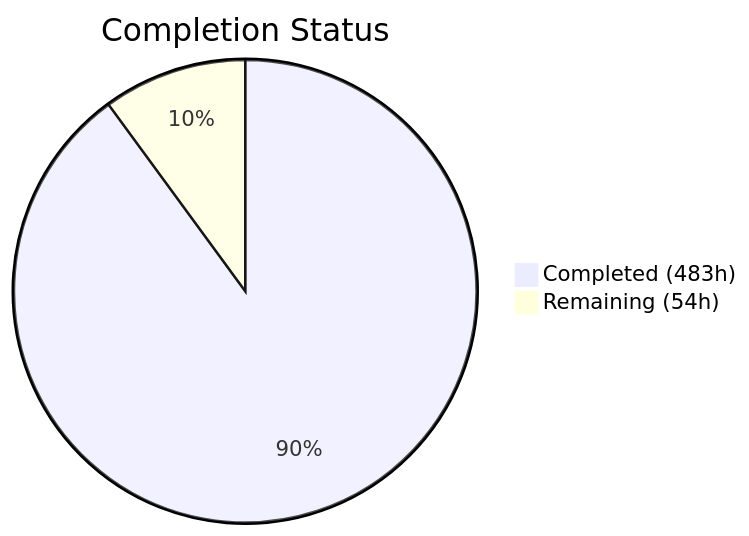
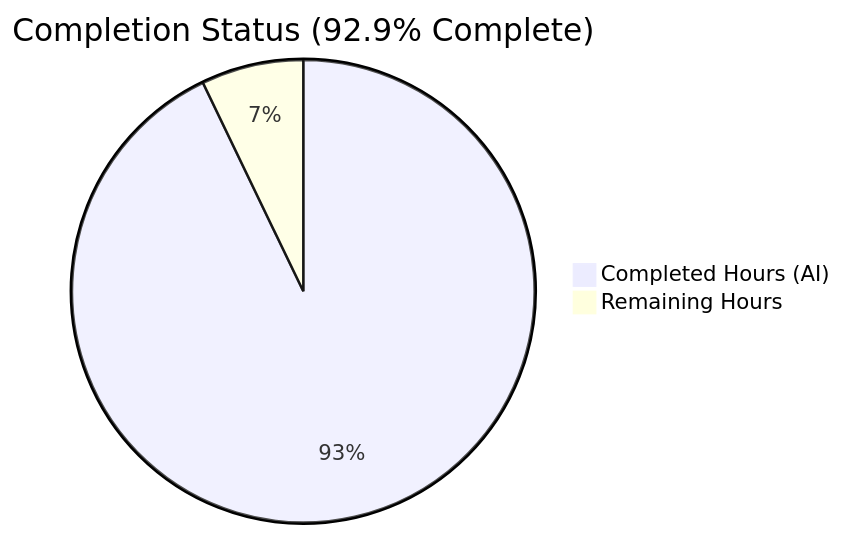
One commit to Blitzy-Sandbox/blitzy-WebVella-ERP changed the first of 4 diagrams in blitzy/documentation/Project Guide.md. Above: the diagram before and after it, drawn with Mermaid. The commit also changed other lines of this file, not shown here.

Commit message:
Adding Blitzy Project Guide: Project Status and Human Tasks Remaining

````diff
--- a/blitzy/documentation/Project Guide.md
+++ b/blitzy/documentation/Project Guide.md
@@ -13,5 +13,5 @@
 ```mermaid
-pie title Completion Status
-    "Completed (483h)" : 483
-    "Remaining (54h)" : 54
+pie title Completion Status (92.9% Complete)
+    "Completed Hours (AI)" : 780
+    "Remaining Hours" : 60
 ```
````
